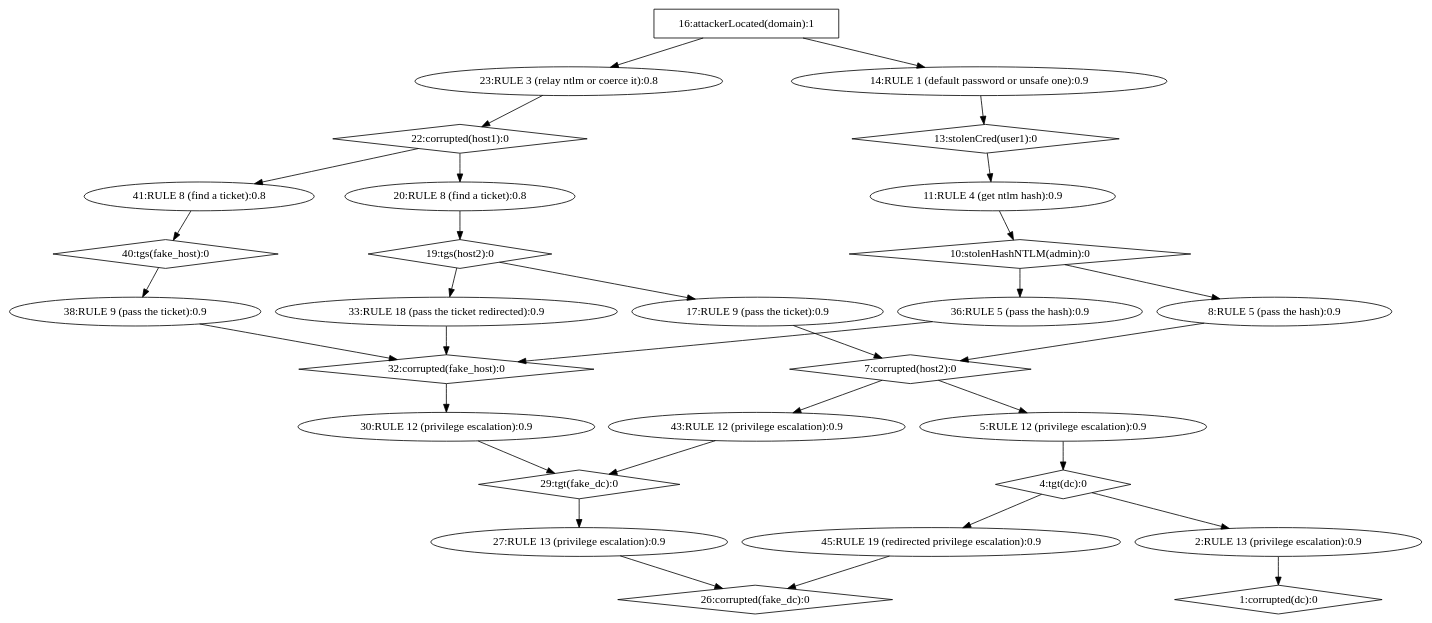
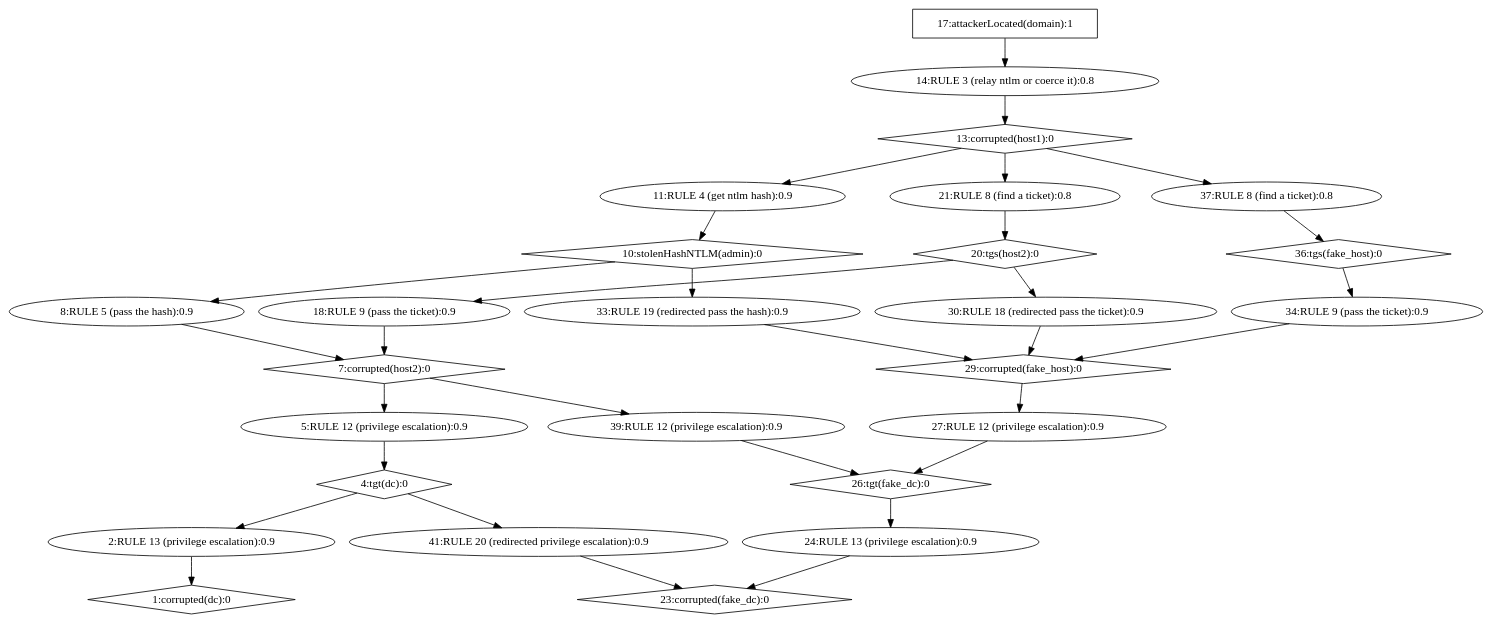
Before and after one commit to NathanaeldeLaChesnais/attacker_profiling_for_BAG_with_honeypots: the diagram in Personnal_simulations/output_HightLevel/attack_paths/ag-reduced.dot, drawn with Graphviz. The commit also changed 258 other files, not shown here.

Commit message:
amélioration des règles et du graph ainsi que différents scénarios d'attaques plus faciles à produire

```diff
--- a/Personnal_simulations/output_HightLevel/attack_paths/ag-reduced.dot
+++ b/Personnal_simulations/output_HightLevel/attack_paths/ag-reduced.dot
@@ -1,62 +1,58 @@
 strict digraph G {
   1 [ label="1:corrupted(dc):0" shape="diamond" CVE="null" ];
   2 [ label="2:RULE 13 (privilege escalation):0.9" shape="ellipse" CVE="exploit_tgt" ];
   3 [ label="4:tgt(dc):0" shape="diamond" CVE="null" ];
   4 [ label="5:RULE 12 (privilege escalation):0.9" shape="ellipse" CVE="asks_kerberos_ticket" ];
   5 [ label="7:corrupted(host2):0" shape="diamond" CVE="null" ];
-  6 [ label="8:RULE 5 (pass the hash):0.9" shape="ellipse" CVE="default_admin" ];
+  6 [ label="8:RULE 5 (pass the hash):0.9" shape="ellipse" CVE="default_admin_pth" ];
   7 [ label="10:stolenHashNTLM(admin):0" shape="diamond" CVE="null" ];
   8 [ label="11:RULE 4 (get ntlm hash):0.9" shape="ellipse" CVE="ntlm_hash" ];
-  9 [ label="13:stolenCred(user1):0" shape="diamond" CVE="null" ];
-  10 [ label="14:RULE 1 (default password or unsafe one):0.9" shape="ellipse" CVE="bad_password" ];
-  11 [ label="16:attackerLocated(domain):1" shape="box" CVE="null" ];
-  12 [ label="17:RULE 9 (pass the ticket):0.9" shape="ellipse" CVE="ptt" ];
-  13 [ label="19:tgs(host2):0" shape="diamond" CVE="null" ];
-  14 [ label="20:RULE 8 (find a ticket):0.8" shape="ellipse" CVE="tgs" ];
-  15 [ label="22:corrupted(host1):0" shape="diamond" CVE="null" ];
-  16 [ label="23:RULE 3 (relay ntlm or coerce it):0.8" shape="ellipse" CVE="relay_ntlm_bot" ];
-  17 [ label="26:corrupted(fake_dc):0" shape="diamond" CVE="null" ];
-  18 [ label="27:RULE 13 (privilege escalation):0.9" shape="ellipse" CVE="exploit_tgt" ];
-  19 [ label="29:tgt(fake_dc):0" shape="diamond" CVE="null" ];
-  20 [ label="30:RULE 12 (privilege escalation):0.9" shape="ellipse" CVE="asks_kerberos_ticket" ];
-  21 [ label="32:corrupted(fake_host):0" shape="diamond" CVE="null" ];
-  22 [ label="33:RULE 18 (pass the ticket redirected):0.9" shape="ellipse" CVE="ptt" ];
-  23 [ label="36:RULE 5 (pass the hash):0.9" shape="ellipse" CVE="default_admin" ];
-  24 [ label="38:RULE 9 (pass the ticket):0.9" shape="ellipse" CVE="ptt" ];
-  25 [ label="40:tgs(fake_host):0" shape="diamond" CVE="null" ];
-  26 [ label="41:RULE 8 (find a ticket):0.8" shape="ellipse" CVE="tgs" ];
-  27 [ label="43:RULE 12 (privilege escalation):0.9" shape="ellipse" CVE="asks_kerberos_ticket" ];
-  28 [ label="45:RULE 19 (redirected privilege escalation):0.9" shape="ellipse" CVE="null" ];
+  9 [ label="13:corrupted(host1):0" shape="diamond" CVE="null" ];
+  10 [ label="14:RULE 3 (relay ntlm or coerce it):0.8" shape="ellipse" CVE="relay_ntlm_bot" ];
+  11 [ label="17:attackerLocated(domain):1" shape="box" CVE="null" ];
+  12 [ label="18:RULE 9 (pass the ticket):0.9" shape="ellipse" CVE="ptt" ];
+  13 [ label="20:tgs(host2):0" shape="diamond" CVE="null" ];
+  14 [ label="21:RULE 8 (find a ticket):0.8" shape="ellipse" CVE="tgs" ];
+  15 [ label="23:corrupted(fake_dc):0" shape="diamond" CVE="null" ];
+  16 [ label="24:RULE 13 (privilege escalation):0.9" shape="ellipse" CVE="exploit_tgt" ];
+  17 [ label="26:tgt(fake_dc):0" shape="diamond" CVE="null" ];
+  18 [ label="27:RULE 12 (privilege escalation):0.9" shape="ellipse" CVE="asks_kerberos_ticket" ];
+  19 [ label="29:corrupted(fake_host):0" shape="diamond" CVE="null" ];
+  20 [ label="30:RULE 18 (redirected pass the ticket):0.9" shape="ellipse" CVE="ptt" ];
+  21 [ label="33:RULE 19 (redirected pass the hash):0.9" shape="ellipse" CVE="default_admin_pth" ];
+  22 [ label="34:RULE 9 (pass the ticket):0.9" shape="ellipse" CVE="ptt" ];
+  23 [ label="36:tgs(fake_host):0" shape="diamond" CVE="null" ];
+  24 [ label="37:RULE 8 (find a ticket):0.8" shape="ellipse" CVE="tgs" ];
+  25 [ label="39:RULE 12 (privilege escalation):0.9" shape="ellipse" CVE="asks_kerberos_ticket" ];
+  26 [ label="41:RULE 20 (redirected privilege escalation):0.9" shape="ellipse" CVE="exploit_tgt" ];
   11 -> 10 [ color="black" ];
   10 -> 9 [ color="black" ];
   9 -> 8 [ color="black" ];
   8 -> 7 [ color="black" ];
   7 -> 6 [ color="black" ];
   6 -> 5 [ color="black" ];
-  11 -> 16 [ color="black" ];
-  16 -> 15 [ color="black" ];
-  15 -> 14 [ color="black" ];
+  9 -> 14 [ color="black" ];
   14 -> 13 [ color="black" ];
   13 -> 12 [ color="black" ];
   12 -> 5 [ color="black" ];
   5 -> 4 [ color="black" ];
   4 -> 3 [ color="black" ];
   3 -> 2 [ color="black" ];
   2 -> 1 [ color="black" ];
-  13 -> 22 [ color="black" ];
-  22 -> 21 [ color="black" ];
-  7 -> 23 [ color="black" ];
-  23 -> 21 [ color="black" ];
-  15 -> 26 [ color="black" ];
-  26 -> 25 [ color="black" ];
-  25 -> 24 [ color="black" ];
-  24 -> 21 [ color="black" ];
-  21 -> 20 [ color="black" ];
+  13 -> 20 [ color="black" ];
   20 -> 19 [ color="black" ];
-  5 -> 27 [ color="black" ];
-  27 -> 19 [ color="black" ];
+  7 -> 21 [ color="black" ];
+  21 -> 19 [ color="black" ];
+  9 -> 24 [ color="black" ];
+  24 -> 23 [ color="black" ];
+  23 -> 22 [ color="black" ];
+  22 -> 19 [ color="black" ];
   19 -> 18 [ color="black" ];
   18 -> 17 [ color="black" ];
-  3 -> 28 [ color="black" ];
-  28 -> 17 [ color="black" ];
+  5 -> 25 [ color="black" ];
+  25 -> 17 [ color="black" ];
+  17 -> 16 [ color="black" ];
+  16 -> 15 [ color="black" ];
+  3 -> 26 [ color="black" ];
+  26 -> 15 [ color="black" ];
 }
```
